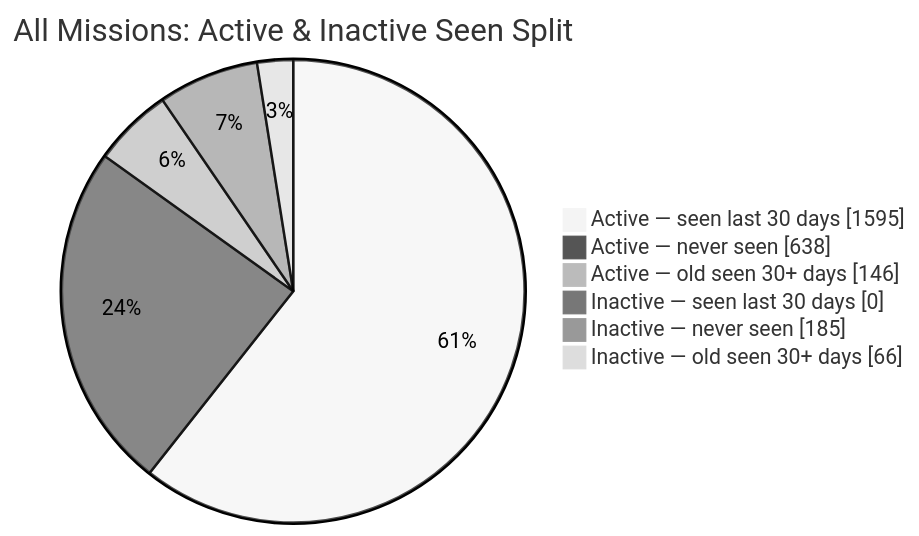
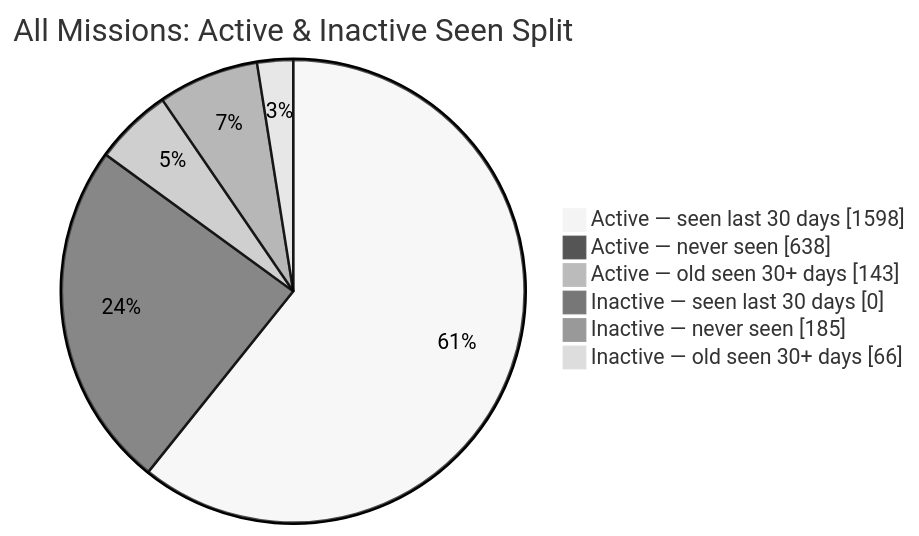
The second of 2 diagrams in README.md (MeldkamerspelGameTeam/active-missions), drawn with Mermaid (neutral theme) before and after one commit. The commit also changed other lines of this file and 2 other files, not shown here.

````diff
--- a/README.md
+++ b/README.md
@@ -44,10 +44,10 @@
 ```mermaid
 pie showData
     title All Missions: Active & Inactive Seen Split
-    "Active — seen last 30 days" : 1595
+    "Active — seen last 30 days" : 1598
     "Active — never seen" : 638
-    "Active — old seen 30+ days" : 146
+    "Active — old seen 30+ days" : 143
     "Inactive — seen last 30 days" : 0
     "Inactive — never seen" : 185
     "Inactive — old seen 30+ days" : 66
 ```
````
